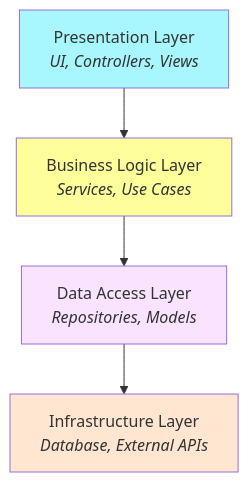
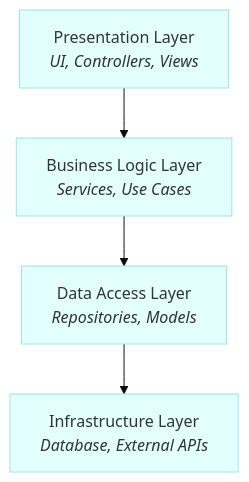
One commit to stricture-dev/stricture changed the diagram in packages/layered/README.md. Above: the diagram before and after it, drawn with Mermaid. The commit also changed 4 other files, not shown here.

First line of the commit message:
docs: simplify Mermaid diagrams using theme configuration

````diff
--- a/packages/layered/README.md
+++ b/packages/layered/README.md
@@ -15,16 +15,12 @@
 ```mermaid
+%%{init: {'theme':'base', 'themeVariables': { 'primaryColor':'#e2fffe','primaryBorderColor':'#99e5ee','secondaryColor':'#fef7fe','secondaryBorderColor':'#e5d5e5','tertiaryColor':'#feff9a','tertiaryBorderColor':'#d5d580'}}}%%
 graph TB
     Presentation["Presentation Layer<br/><i>UI, Controllers, Views</i>"]
     Business["Business Logic Layer<br/><i>Services, Use Cases</i>"]
     Data["Data Access Layer<br/><i>Repositories, Models</i>"]
     Infrastructure["Infrastructure Layer<br/><i>Database, External APIs</i>"]
 
     Presentation --> Business
     Business --> Data
     Data --> Infrastructure
-
-    style Presentation fill:#a8f7fe
-    style Business fill:#feff9a
-    style Data fill:#f9e3fe
-    style Infrastructure fill:#fee6d0
 ```
````
